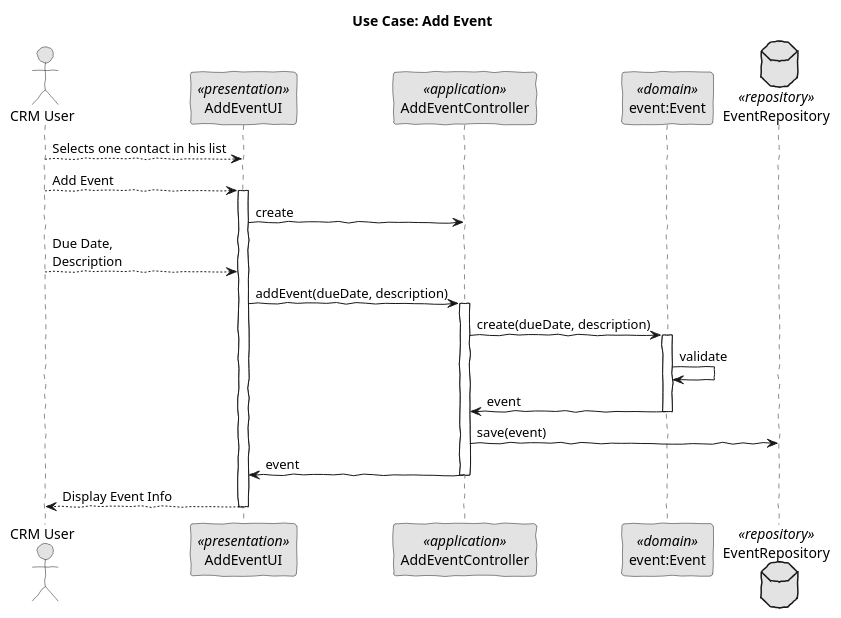
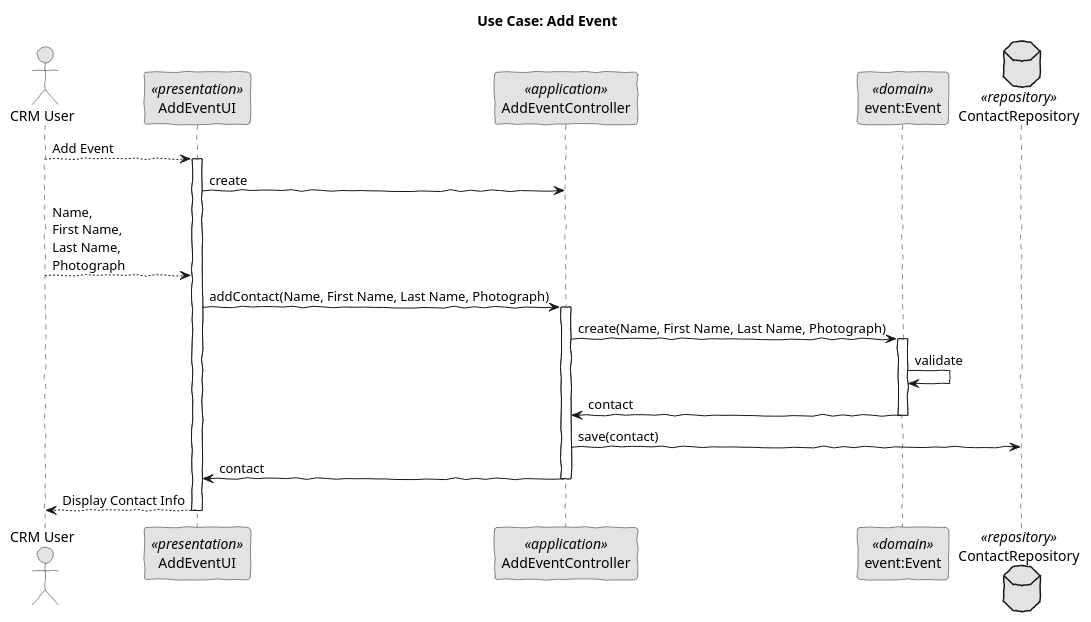
One commit to MikeTekOn/lapr4-2017-2dd changed the diagram in src/main/java/lapr4/white/s1/core/n4567890/contacts/uc_create_event.puml. Above: the diagram before and after it, drawn with PlantUML. The commit also changed 3 other files, not shown here.

Commit message:
LAPR4E17DD-107 #comment Created unit tests for Contact and updated Create Event Sequence diagram

```diff
--- a/src/main/java/lapr4/white/s1/core/n4567890/contacts/uc_create_event.puml
+++ b/src/main/java/lapr4/white/s1/core/n4567890/contacts/uc_create_event.puml
@@ -1,34 +1,33 @@
 @startuml uc_create_event.png
 skinparam handwritten true
 skinparam monochrome true
 skinparam packageStyle rect
 skinparam defaultFontName FG Virgil
 skinparam shadowing false
 
 title Use Case: Add Event
 
 actor "CRM User" as Actor  
 participant AddEventUI as UI <<presentation>>
 participant AddEventController as Controller <<application>>
 participant "event:Event" as Domain <<domain>>
-database EventRepository as Repository <<repository>>
+database ContactRepository as Repository <<repository>>
 
-Actor --> UI: Selects one contact in his list
 Actor --> UI: Add Event
 activate UI
     UI -> Controller: create
-    Actor --> UI: Due Date,\nDescription
-    UI -> Controller: addEvent(dueDate, description)
+    Actor --> UI: Name,\nFirst Name,\nLast Name,\nPhotograph
+    UI -> Controller: addContact(Name, First Name, Last Name, Photograph)
     activate Controller
-        Controller -> Domain: create(dueDate, description)
+        Controller -> Domain: create(Name, First Name, Last Name, Photograph)
         activate Domain
             Domain -> Domain: validate
-            Domain -> Controller: event
+            Domain -> Controller: contact
         deactivate Domain
-        Controller -> Repository: save(event)
-        Controller -> UI: event
+        Controller -> Repository: save(contact)
+        Controller -> UI: contact
     deactivate Controller
-    UI --> Actor: Display Event Info
+    UI --> Actor: Display Contact Info
 deactivate UI
 
 @enduml
```
